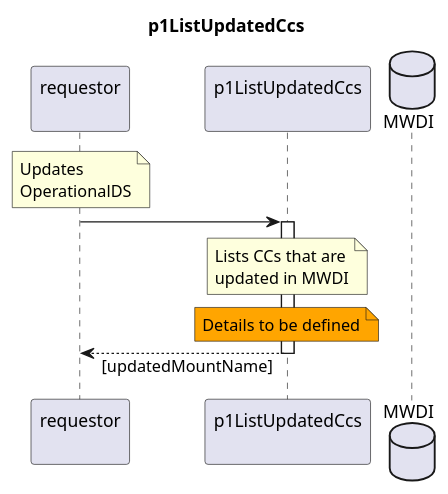
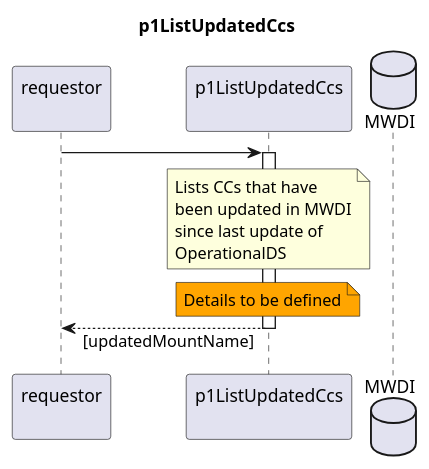
One commit to openBackhaul/FirmWareManager changed the diagram in spec/Functions/Measurement/p1ListUpdatedCcs/1.0.0/p1ListUpdatedCcs.plantuml. Above: the diagram before and after it, drawn with PlantUML. The commit also changed 16 other files, not shown here.

```diff
--- a/spec/Functions/Measurement/p1ListUpdatedCcs/1.0.0/p1ListUpdatedCcs.plantuml
+++ b/spec/Functions/Measurement/p1ListUpdatedCcs/1.0.0/p1ListUpdatedCcs.plantuml
@@ -1,30 +1,27 @@
 @startuml p1ListUpdatedCcs
 skinparam responseMessageBelowArrow true
 
 title
   p1ListUpdatedCcs
 end title
 
 participant "requestor\n" as requestor
 participant "p1ListUpdatedCcs\n" as indServ
 
 database "MWDI" as Mwdi
 
-note over requestor
-  Updates
-  OperationalDS
-end note
-
 requestor -> indServ
 activate indServ
   note over indServ
-    Lists CCs that are
-    updated in MWDI
+    Lists CCs that have
+    been updated in MWDI
+    since last update of
+    OperationalDS
   end note
   note over indServ #Orange
     Details to be defined
   end note
 requestor <-- indServ: [updatedMountName]
 deactivate indServ
 
 @enduml
```
